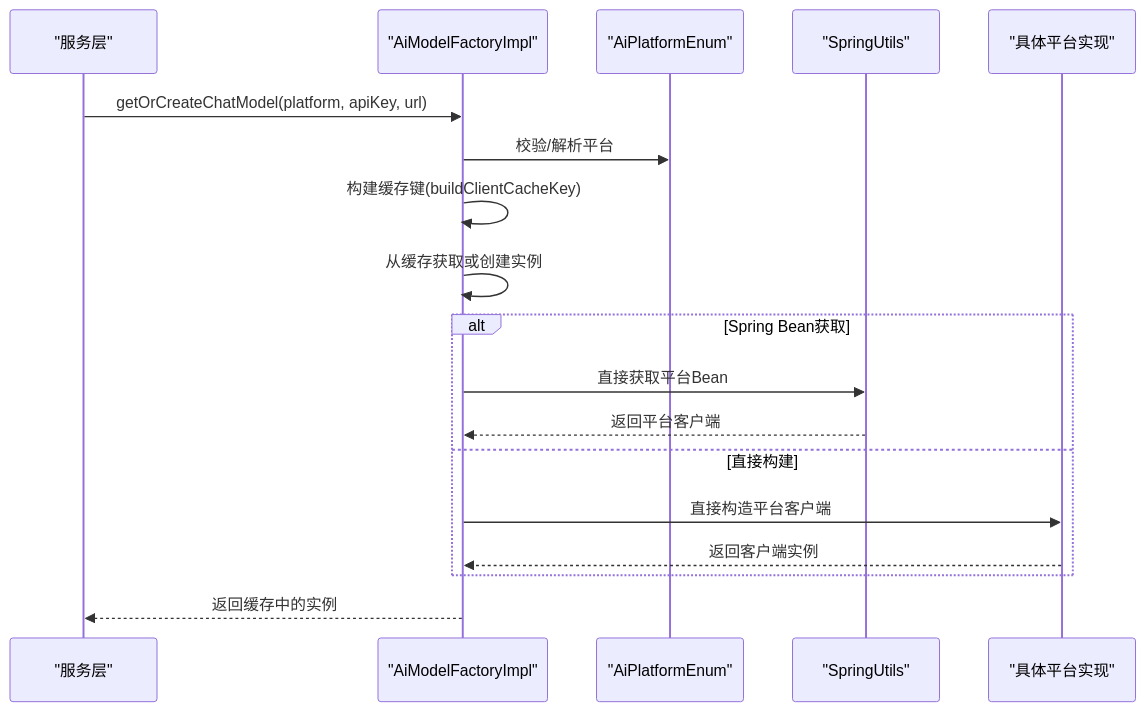
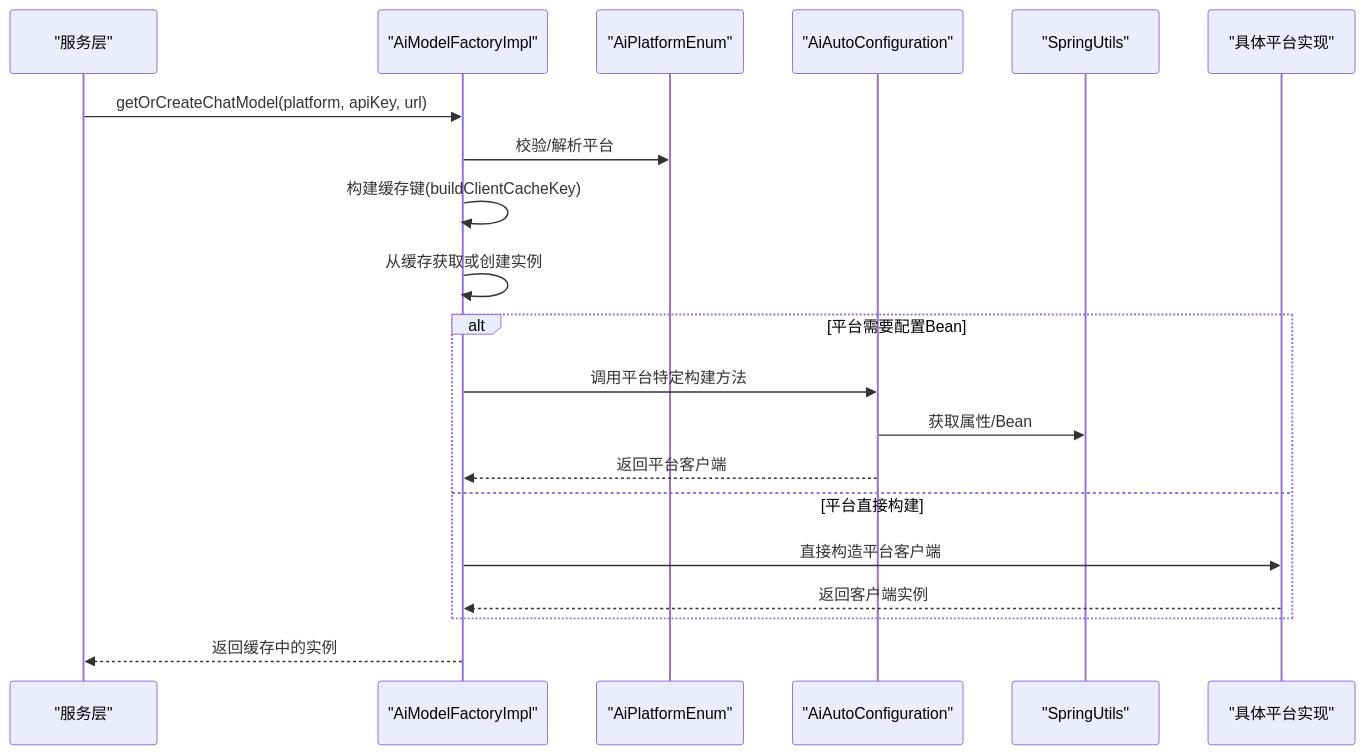
Before and after one commit to X555LB/data-ai: the second of 4 diagrams in .qoder/repowiki/zh/content/AI模型管理/模型工厂设计.md, drawn with Mermaid. The commit also changed other lines of this file and 9 other files, not shown here.

````diff
--- a/.qoder/repowiki/zh/content/AI模型管理/模型工厂设计.md
+++ b/.qoder/repowiki/zh/content/AI模型管理/模型工厂设计.md
@@ -118,20 +106,22 @@
 ```mermaid
 sequenceDiagram
 participant Svc as "服务层"
 participant Factory as "AiModelFactoryImpl"
 participant Enum as "AiPlatformEnum"
+participant Cfg as "AiAutoConfiguration"
 participant Spring as "SpringUtils"
 participant Platform as "具体平台实现"
 Svc->>Factory : getOrCreateChatModel(platform, apiKey, url)
 Factory->>Enum : 校验/解析平台
 Factory->>Factory : 构建缓存键(buildClientCacheKey)
 Factory->>Factory : 从缓存获取或创建实例
-alt Spring Bean获取
-Factory->>Spring : 直接获取平台Bean
-Spring-->>Factory : 返回平台客户端
-else 直接构建
+alt 平台需要配置Bean
+Factory->>Cfg : 调用平台特定构建方法
+Cfg->>Spring : 获取属性/Bean
+Cfg-->>Factory : 返回平台客户端
+else 平台直接构建
 Factory->>Platform : 直接构造平台客户端
 Platform-->>Factory : 返回客户端实例
 end
 Factory-->>Svc : 返回缓存中的实例
 ```
````
